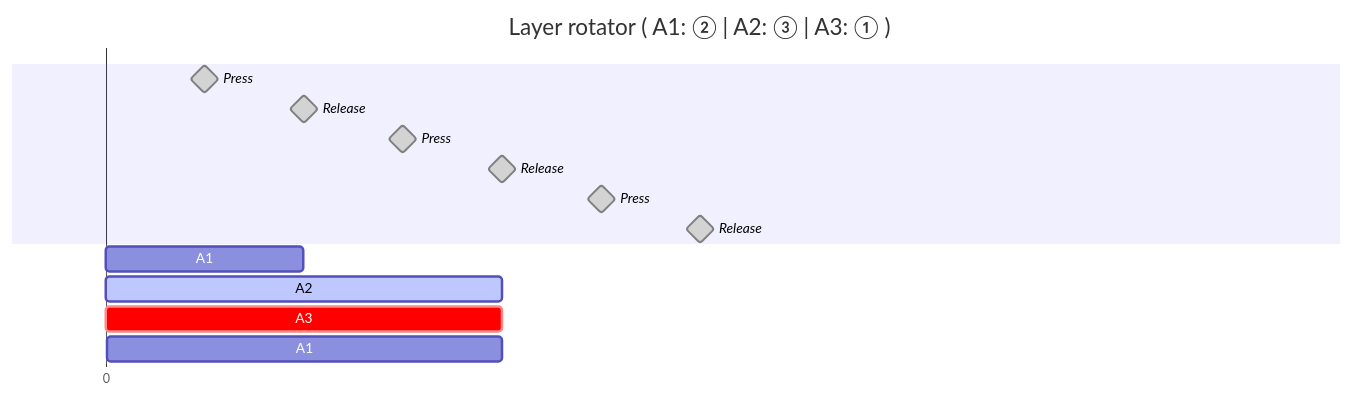
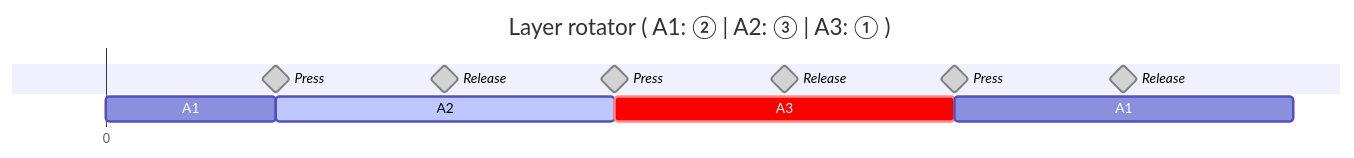
Before and after one commit to andy23512/blog-diagrams: the diagram in diagrams/en/layer-rotator.mmd, drawn with Mermaid. The commit also changed 13 other files, not shown here.

First line of the commit message:
chore(deps): upgrade mermaid to 11.17.2 and puppeteer to 25

```diff
--- a/diagrams/en/layer-rotator.mmd
+++ b/diagrams/en/layer-rotator.mmd
@@ -1,20 +1,20 @@
 ---
 displayMode: compact
 ---
 gantt
-    dateFormat X
+    dateFormat x
     axisFormat %s
     title Layer rotator ( A1: ② | A2: ③ | A3: ① )
     section ㅤ
-    Press: milestone, done, 1, 1
-    Release: milestone, done, 2, 2
-    Press: milestone, done, 3, 3
-    Release: milestone, done, 4, 4
-    Press: milestone, done, 5, 5
-    Release: milestone, done, 6, 6
+    Press: milestone, done, 1000, 1000
+    Release: milestone, done, 2000, 2000
+    Press: milestone, done, 3000, 3000
+    Release: milestone, done, 4000, 4000
+    Press: milestone, done, 5000, 5000
+    Release: milestone, done, 6000, 6000
     tickInterval 1day
     section ㅤㅤ
     A1: 0, 1s
-    A2: active, 1, 2s
-    A3: crit, 3, 2s
-    A1: 5, 2s
+    A2: active, 1000, 2s
+    A3: crit, 3000, 2s
+    A1: 5000, 2s
```
